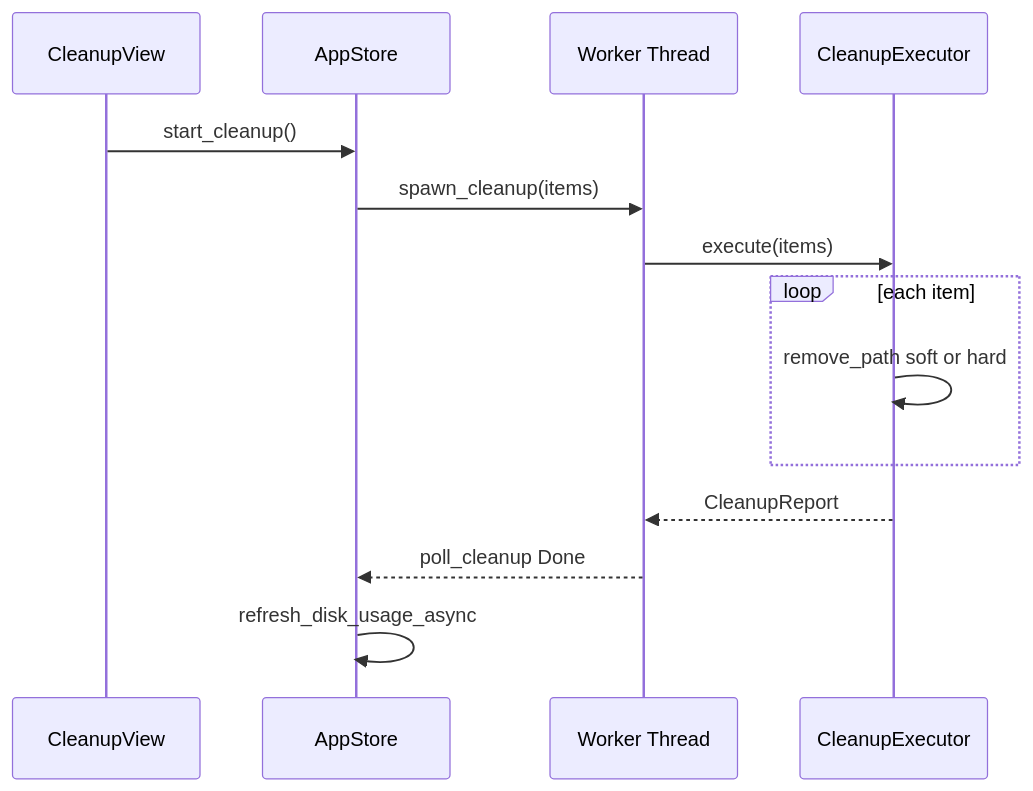
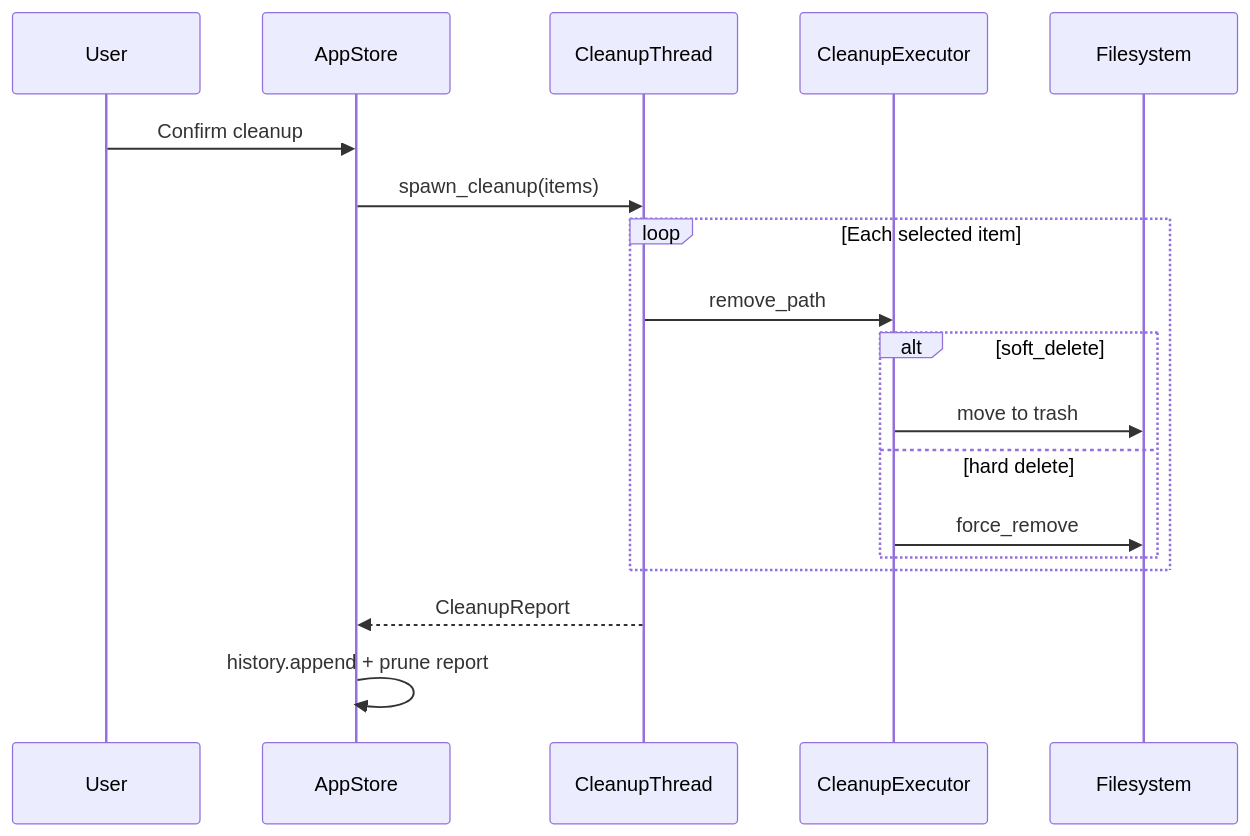
Before and after one commit to sopaco/CLV3000-Plus: the sixth of 6 diagrams in .terrain/human/2.Architecture.md, drawn with Mermaid. The commit also changed other lines of this file and 14 other files, not shown here.

````diff
--- a/.terrain/human/2.Architecture.md
+++ b/.terrain/human/2.Architecture.md
@@ -177,17 +180,21 @@
 ```mermaid
 sequenceDiagram
-    participant V as CleanupView
-    participant S as AppStore
-    participant W as Worker Thread
-    participant E as CleanupExecutor
+    participant User
+    participant Store as AppStore
+    participant Worker as CleanupThread
+    participant Exec as CleanupExecutor
+    participant FS as Filesystem
 
-    V->>S: start_cleanup()
-    S->>W: spawn_cleanup(items)
-    W->>E: execute(items)
-    loop each item
-        E->>E: remove_path soft or hard
+    User->>Store: Confirm cleanup
+    Store->>Worker: spawn_cleanup(items)
+    loop Each selected item
+        Worker->>Exec: remove_path
+        alt soft_delete
+            Exec->>FS: move to trash
+        else hard delete
+            Exec->>FS: force_remove
+        end
     end
-    E-->>W: CleanupReport
-    W-->>S: poll_cleanup Done
-    S->>S: refresh_disk_usage_async
+    Worker-->>Store: CleanupReport
+    Store->>Store: history.append + prune report
 ```
````
